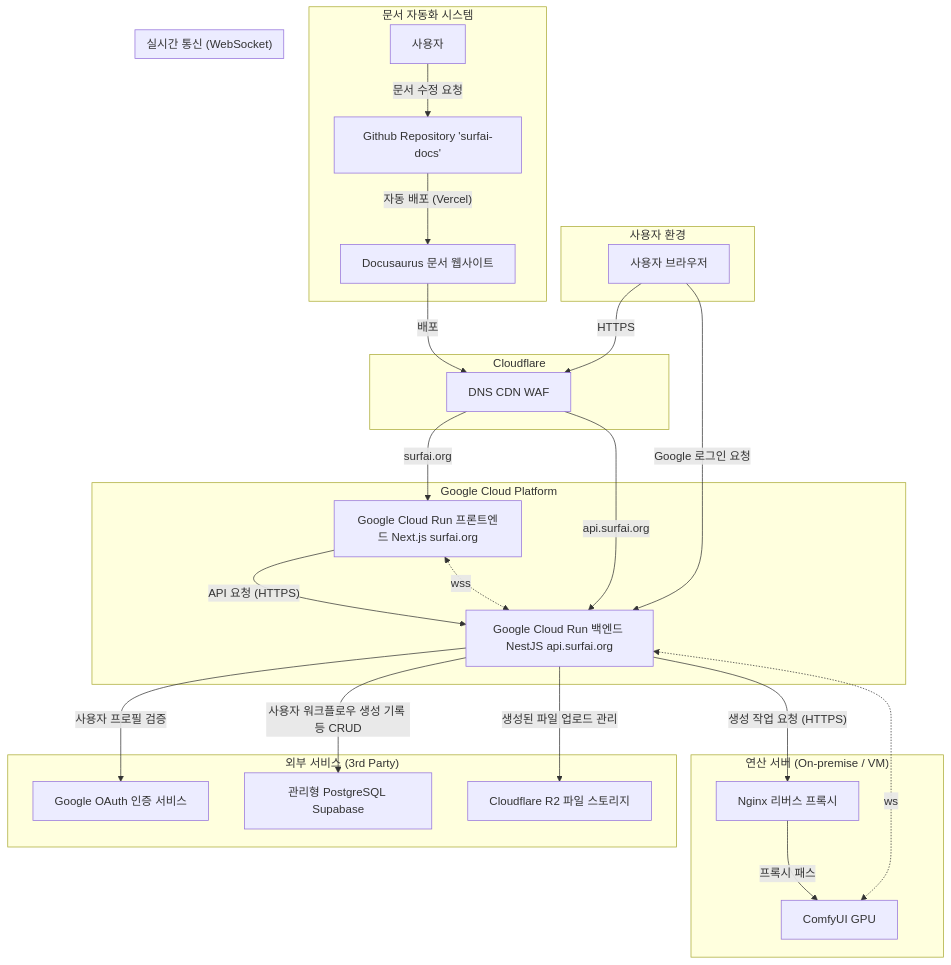
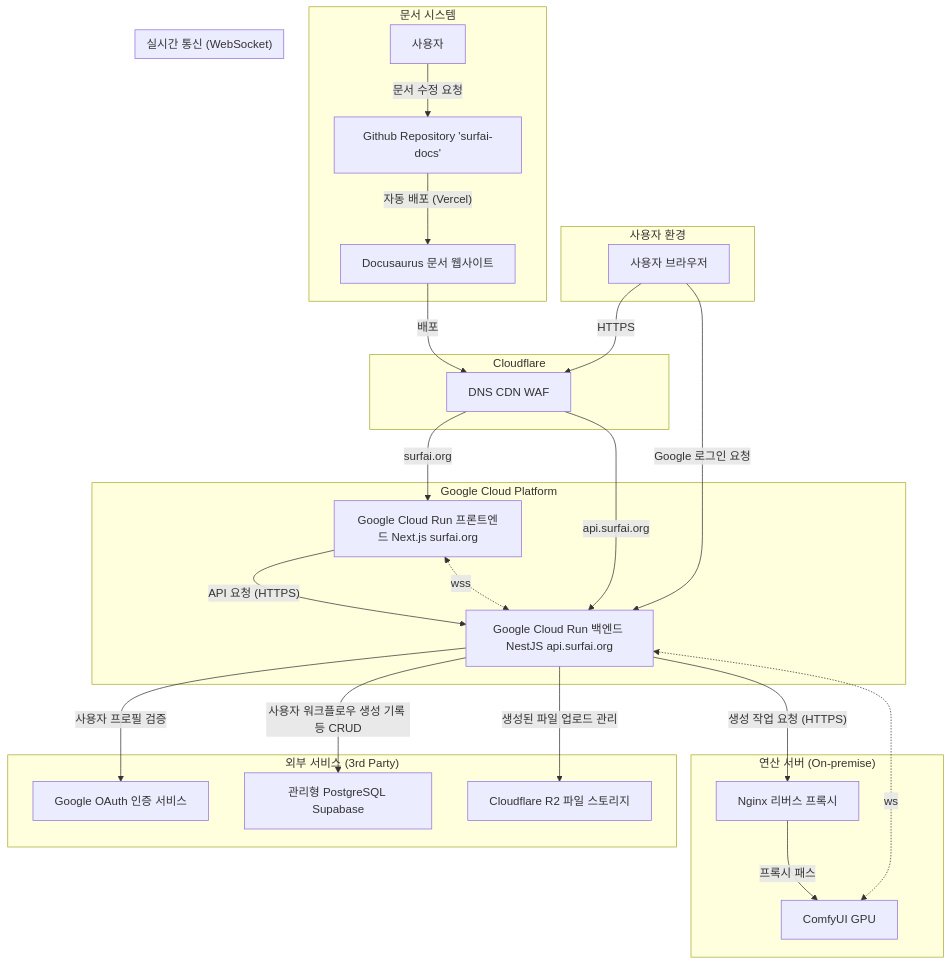
Before and after one commit to jaytsol/surfai-docs: the diagram in website/docs/project-overview/architecture/ARCHITECTURE.md, drawn with Mermaid.

````diff
--- a/website/docs/project-overview/architecture/ARCHITECTURE.md
+++ b/website/docs/project-overview/architecture/ARCHITECTURE.md
@@ -21,58 +21,58 @@
 ```mermaid
 graph TD
     subgraph "사용자 환경"
         A[사용자 브라우저]
     end
 
     subgraph "Cloudflare"
         B[DNS CDN WAF]
     end
 
     subgraph "Google Cloud Platform"
         C[Google Cloud Run 프론트엔드 Next.js surfai.org]
         D[Google Cloud Run 백엔드 NestJS api.surfai.org]
     end
 
     subgraph "외부 서비스 (3rd Party)"
         E[관리형 PostgreSQL Supabase]
         F[Cloudflare R2 파일 스토리지]
         H[Google OAuth 인증 서비스]
     end
     
-    subgraph "연산 서버 (On-premise / VM)"
+    subgraph "연산 서버 (On-premise)"
         G_Proxy[Nginx 리버스 프록시]
         G[ComfyUI GPU]
         G_Proxy -- 프록시 패스 --> G
     end
 
-    subgraph "문서 자동화 시스템"
+    subgraph "문서 시스템"
         I[Docusaurus 문서 웹사이트]
         J[Github Repository 'surfai-docs']
         I -- 배포 --> B
         사용자 -- 문서 수정 요청 --> J
         J -- 자동 배포 (Vercel) --> I
     end
 
     %% --- 데이터 흐름 정의 ---
 
     A -- HTTPS --> B;
     B -- surfai.org --> C;
     B -- api.surfai.org --> D;
     
     C -- API 요청 (HTTPS) --> D;
     
     %% 인증 흐름
     A -- Google 로그인 요청 --> D;
     D -- 사용자 프로필 검증 --> H;
 
     %% 백엔드 로직
     D -- "사용자 워크플로우 생성 기록 등 CRUD" --> E;
     D -- "생성된 파일 업로드 관리" --> F;
     D -- 생성 작업 요청 (HTTPS) --> G_Proxy;
     
     %% 실시간 통신 (WebSocket)
     subgraph "실시간 통신 (WebSocket)"
         C <-. wss .-> D
         D <-. ws .-> G
     end
 ```
````
